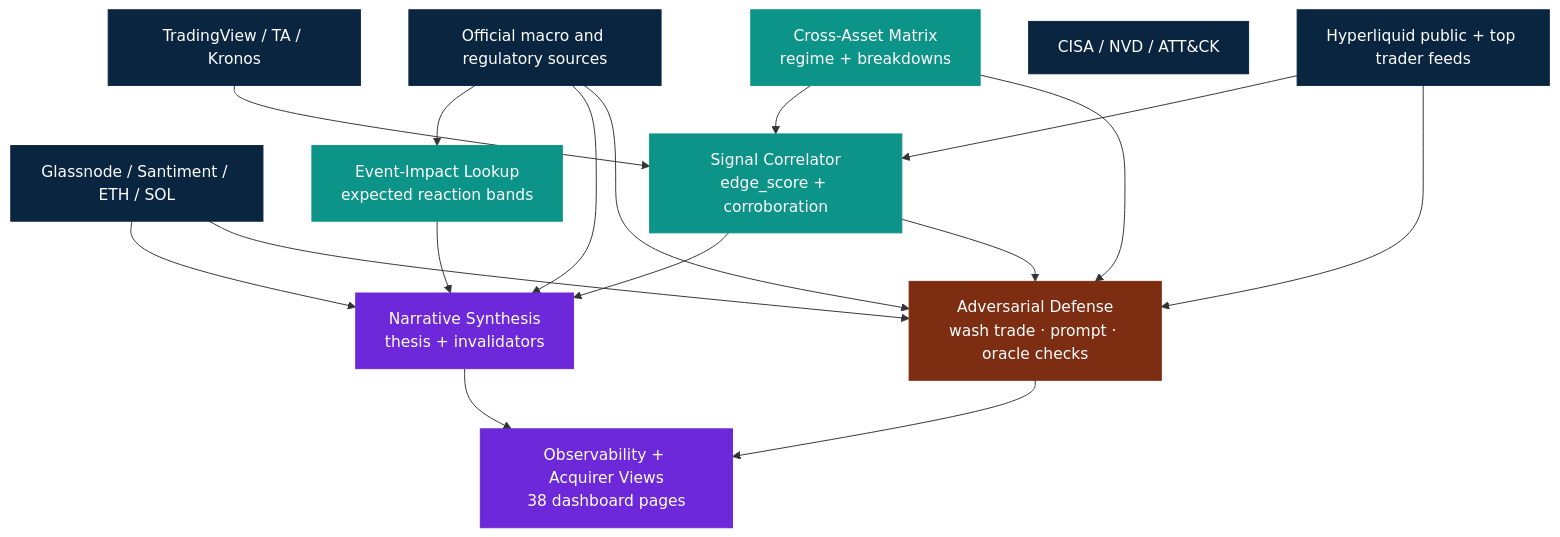
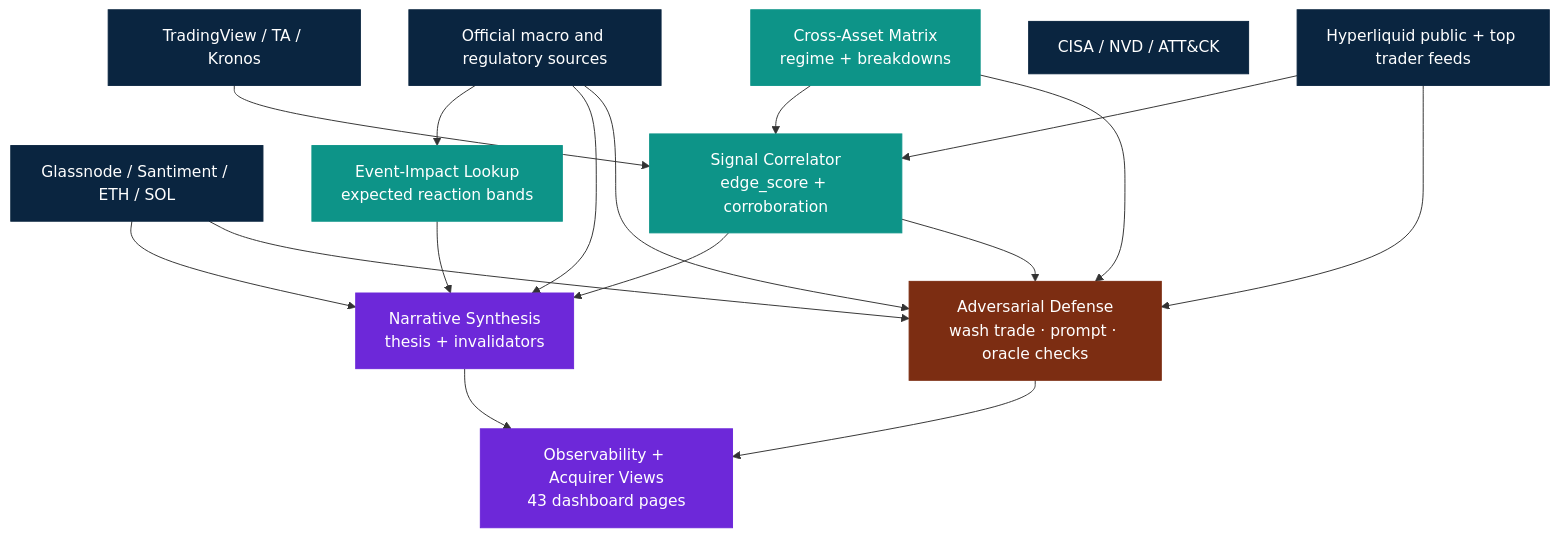
The second of 8 diagrams in README.md (arigatoexpress/Sapphire), drawn with Mermaid before and after one commit. The commit also changed other lines of this file and 15 other files, not shown here.

````diff
--- a/README.md
+++ b/README.md
@@ -155,38 +155,38 @@
 ```mermaid
 flowchart TB
     classDef source fill:#0A2540,stroke:#0A2540,color:#fff
     classDef model fill:#0d9488,stroke:#0d9488,color:#fff
     classDef guard fill:#7c2d12,stroke:#7c2d12,color:#fff
     classDef output fill:#6d28d9,stroke:#6d28d9,color:#fff
 
     TV[TradingView / TA / Kronos]:::source
     HL[Hyperliquid public + top trader feeds]:::source
     Macro[Official macro and regulatory sources]:::source
     Chain[Glassnode / Santiment / ETH / SOL]:::source
     Threat[CISA / NVD / ATT&CK]:::source
 
     Corr[Signal Correlator<br/>edge_score + corroboration]:::model
     Regime[Cross-Asset Matrix<br/>regime + breakdowns]:::model
     Impact[Event-Impact Lookup<br/>expected reaction bands]:::model
     Narrative[Narrative Synthesis<br/>thesis + invalidators]:::output
     Adv[Adversarial Defense<br/>wash trade · prompt · oracle checks]:::guard
-    Obs[Observability + Acquirer Views<br/>38 dashboard pages]:::output
+    Obs[Observability + Acquirer Views<br/>43 dashboard pages]:::output
 
     TV --> Corr
     HL --> Corr
     Macro --> Impact
     Macro --> Narrative
     Chain --> Narrative
     Regime --> Corr
     Corr --> Narrative
     Impact --> Narrative
 
     Corr --> Adv
     Regime --> Adv
     Macro --> Adv
     Chain --> Adv
     HL --> Adv
 
     Narrative --> Obs
     Adv --> Obs
 ```
````
